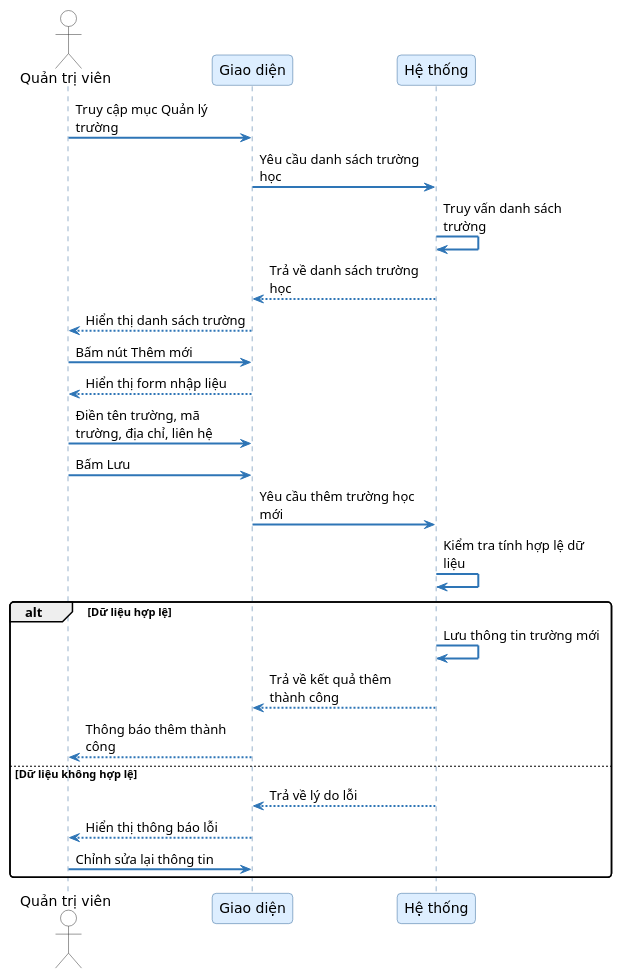
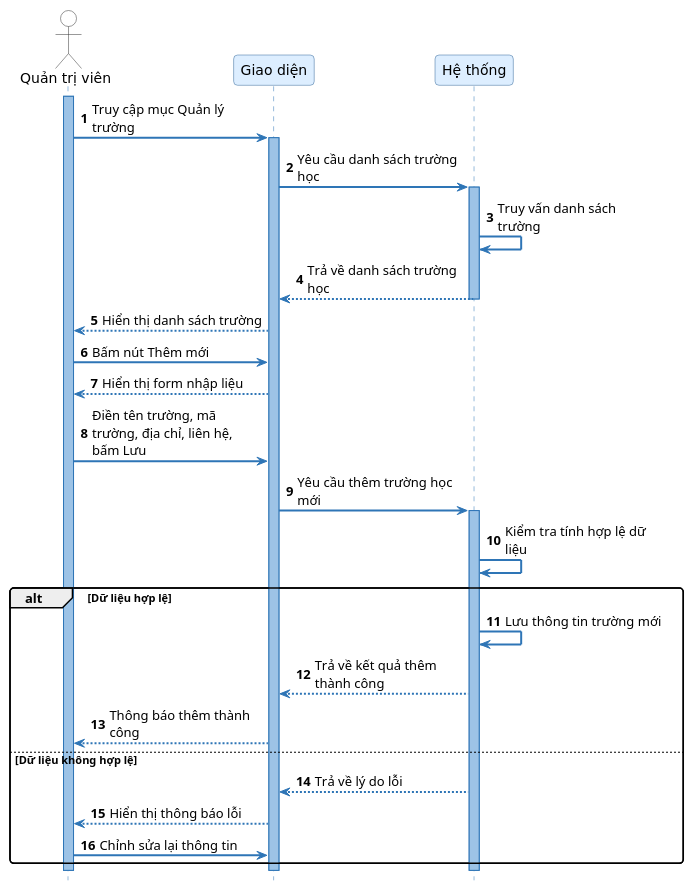
The diagram in uml/seq_diagrams/SD03_them_truong_hoc.puml (trantrungno3/ExamHub), drawn with PlantUML before and after one commit. The commit also changed 100 other files, not shown here.

First line of the commit message:
Refactor sequence diagrams for exam generation and management

```diff
--- a/uml/seq_diagrams/SD03_them_truong_hoc.puml
+++ b/uml/seq_diagrams/SD03_them_truong_hoc.puml
@@ -1,51 +1,56 @@
 @startuml SD03_them_truong_hoc
+autonumber
 skinparam sequenceArrowThickness 2
 skinparam roundcorner 8
 skinparam maxmessagesize 160
 skinparam sequence {
     ArrowColor #2E75B6
     ActorBorderColor #333333
-    LifeLineBorderColor #336699
-    LifeLineBackgroundColor #EEF4FF
+    LifeLineBorderColor #2E75B6
+    LifeLineBackgroundColor #9DC3E6
     ParticipantBorderColor #336699
     ParticipantBackgroundColor #DDEEFF
     ParticipantFontSize 14
     ParticipantFontName "DejaVu Sans"
     ActorBackgroundColor White
     ActorFontName "DejaVu Sans"
     ActorFontSize 14
     NoteBackgroundColor #FFFFCC
     NoteBorderColor #CCCC00
 }
 skinparam fontname "DejaVu Sans"
+hide footbox
 
 actor "Quản trị viên" as Admin
 participant "Giao diện" as FE
 participant "Hệ thống" as SYS
 
-Admin -> FE : Truy cập mục Quản lý trường
-FE -> SYS : Yêu cầu danh sách trường học
+activate Admin
+Admin -> FE ++ : Truy cập mục Quản lý trường
+FE -> SYS ++ : Yêu cầu danh sách trường học
 SYS -> SYS : Truy vấn danh sách trường
-SYS --> FE : Trả về danh sách trường học
+SYS --> FE -- : Trả về danh sách trường học
 FE --> Admin : Hiển thị danh sách trường
 
 Admin -> FE : Bấm nút Thêm mới
 FE --> Admin : Hiển thị form nhập liệu
 
-Admin -> FE : Điền tên trường, mã trường, địa chỉ, liên hệ
-Admin -> FE : Bấm Lưu
+Admin -> FE : Điền tên trường, mã trường, địa chỉ, liên hệ, bấm Lưu
 
-FE -> SYS : Yêu cầu thêm trường học mới
+FE -> SYS ++ : Yêu cầu thêm trường học mới
 SYS -> SYS : Kiểm tra tính hợp lệ dữ liệu
 
 alt Dữ liệu hợp lệ
     SYS -> SYS : Lưu thông tin trường mới
     SYS --> FE : Trả về kết quả thêm thành công
     FE --> Admin : Thông báo thêm thành công
 else Dữ liệu không hợp lệ
     SYS --> FE : Trả về lý do lỗi
     FE --> Admin : Hiển thị thông báo lỗi
     Admin -> FE : Chỉnh sửa lại thông tin
 end
+deactivate SYS
+deactivate FE
+deactivate Admin
 
 @enduml
```
